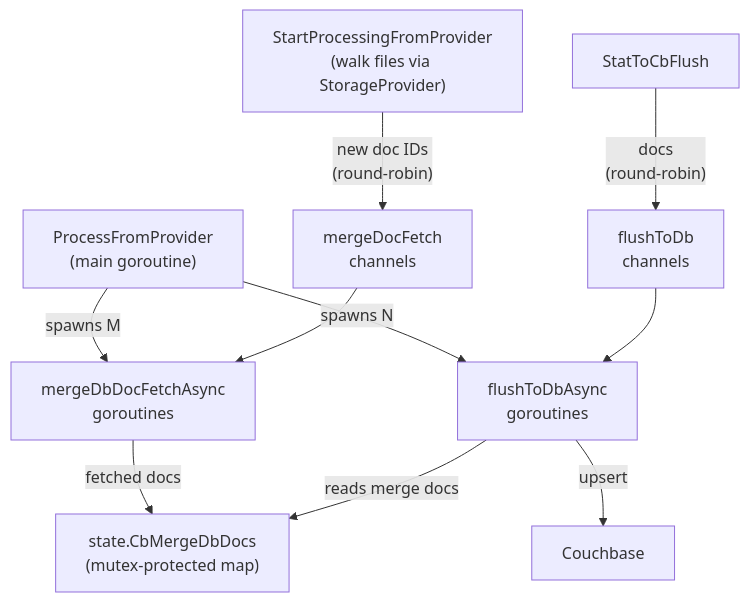
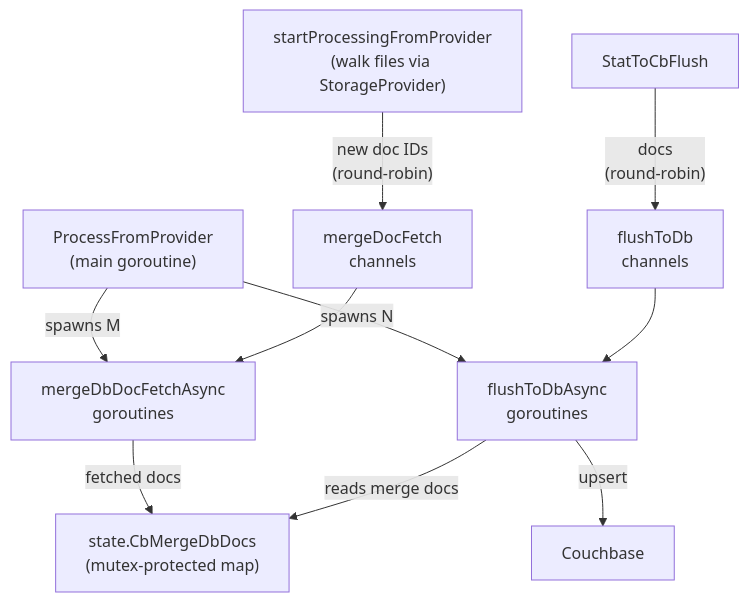
One commit to dtcenter/METjson2db changed the third of 3 diagrams in docs/architecture.md. Above: the diagram before and after it, drawn with Mermaid. The commit also changed other lines of this file and 2 other files, not shown here.

Commit message:
Unexport a method that should be internal
startProcessingFromProvider isn't supposed to be part of the public API
for this.

````diff
--- a/docs/architecture.md
+++ b/docs/architecture.md
@@ -120,12 +120,12 @@
 ```mermaid
 flowchart TB
     P["ProcessFromProvider\n(main goroutine)"] -->|"spawns N"| FW["flushToDbAsync\ngoroutines"]
     P -->|"spawns M"| MW["mergeDbDocFetchAsync\ngoroutines"]
-    S["StartProcessingFromProvider\n(walk files via StorageProvider)"] -->|"new doc IDs\n(round-robin)"| MC["mergeDocFetch\nchannels"]
+    S["startProcessingFromProvider\n(walk files via StorageProvider)"] -->|"new doc IDs\n(round-robin)"| MC["mergeDocFetch\nchannels"]
     MC --> MW
     MW -->|"fetched docs"| MDB["state.CbMergeDbDocs\n(mutex-protected map)"]
     SF["StatToCbFlush"] -->|"docs\n(round-robin)"| FC["flushToDb\nchannels"]
     FC --> FW
     FW -->|"upsert"| CB["Couchbase"]
     FW -->|"reads merge docs"| MDB
 ```
````
